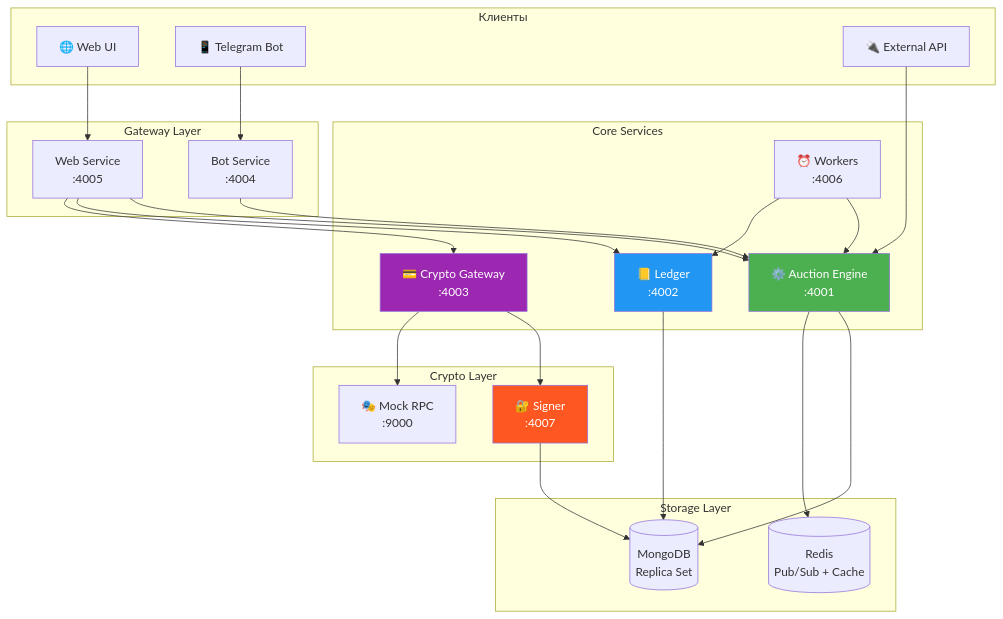
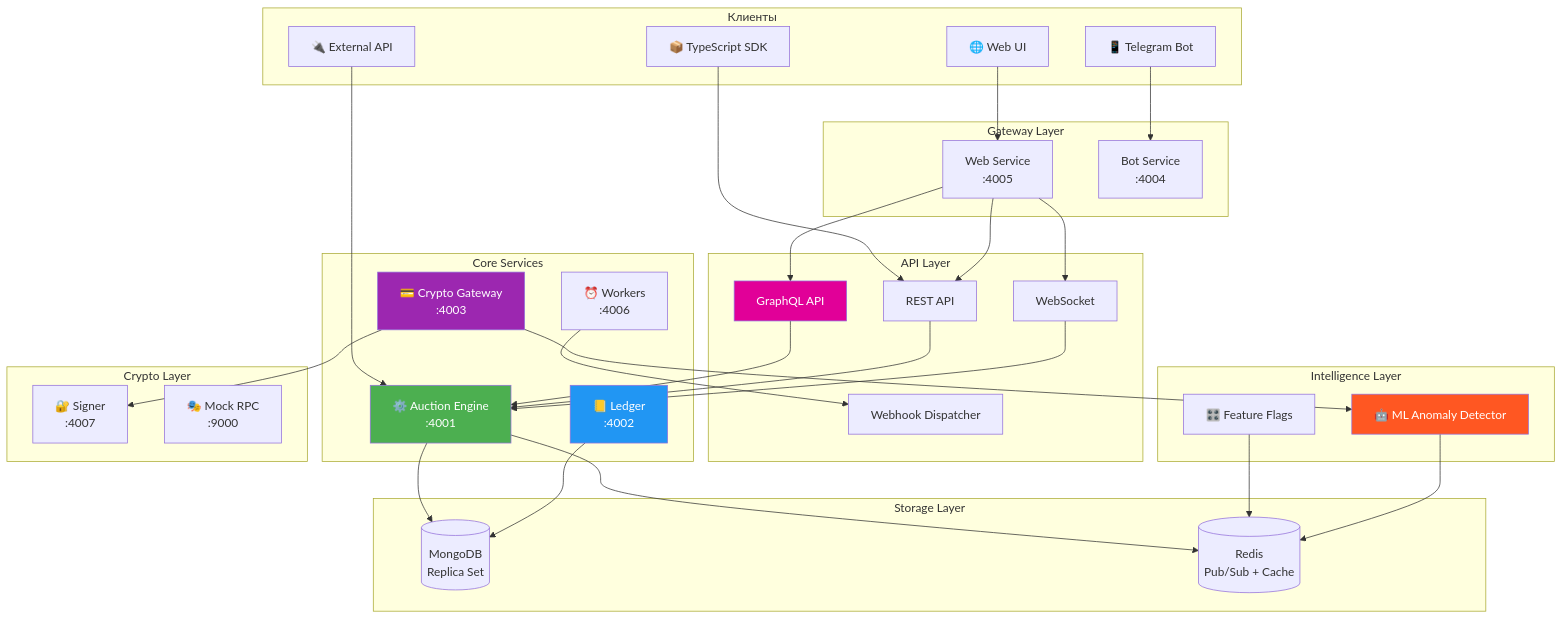
The third of 7 diagrams in README.md (germanProgq/crypto-hackathon), drawn with Mermaid before and after one commit. The commit also changed other lines of this file and 7 other files, not shown here.

````diff
--- a/README.md
+++ b/README.md
@@ -177,54 +201,73 @@
 ```mermaid
 flowchart TB
     subgraph "Клиенты"
         WEB[🌐 Web UI]
         TG[📱 Telegram Bot]
         API[🔌 External API]
+        SDK[📦 TypeScript SDK]
     end
     
     subgraph "Gateway Layer"
         WEBSERV[Web Service<br/>:4005]
         BOT[Bot Service<br/>:4004]
     end
     
+    subgraph "API Layer"
+        GQL[GraphQL API]
+        REST[REST API]
+        WS[WebSocket]
+        WEBHOOK[Webhook Dispatcher]
+    end
+    
     subgraph "Core Services"
         AE[⚙️ Auction Engine<br/>:4001]
         LED[📒 Ledger<br/>:4002]
         CG[💳 Crypto Gateway<br/>:4003]
         WORK[⏰ Workers<br/>:4006]
+    end
+    
+    subgraph "Intelligence Layer"
+        ML[🤖 ML Anomaly Detector]
+        FF[🎛️ Feature Flags]
     end
     
     subgraph "Crypto Layer"
         SIGN[🔐 Signer<br/>:4007]
         MOCK[🎭 Mock RPC<br/>:9000]
     end
     
     subgraph "Storage Layer"
         MONGO[(MongoDB<br/>Replica Set)]
         REDIS[(Redis<br/>Pub/Sub + Cache)]
     end
     
     WEB --> WEBSERV
     TG --> BOT
     API --> AE
+    SDK --> REST
     
-    WEBSERV --> AE
-    WEBSERV --> LED
-    WEBSERV --> CG
-    BOT --> AE
+    WEBSERV --> GQL
+    WEBSERV --> REST
+    WEBSERV --> WS
+    
+    GQL --> AE
+    REST --> AE
+    WS --> AE
+    
+    WORK --> WEBHOOK
     
     AE --> MONGO
     AE --> REDIS
     LED --> MONGO
+    CG --> ML
     CG --> SIGN
-    CG --> MOCK
-    WORK --> AE
-    WORK --> LED
     
-    SIGN --> MONGO
+    FF --> REDIS
+    ML --> REDIS
     
     style AE fill:#4CAF50,color:#fff
     style LED fill:#2196F3,color:#fff
     style CG fill:#9C27B0,color:#fff
-    style SIGN fill:#FF5722,color:#fff
+    style GQL fill:#E10098,color:#fff
+    style ML fill:#FF5722,color:#fff
 ```
````
